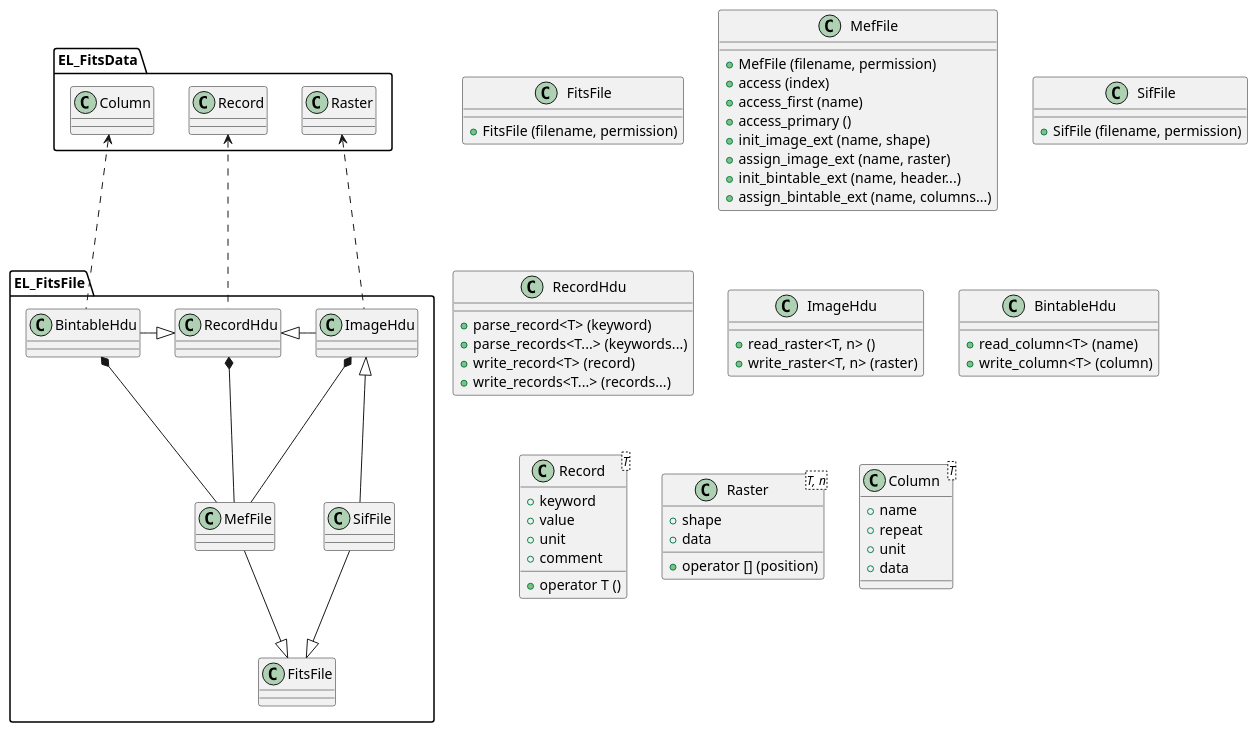
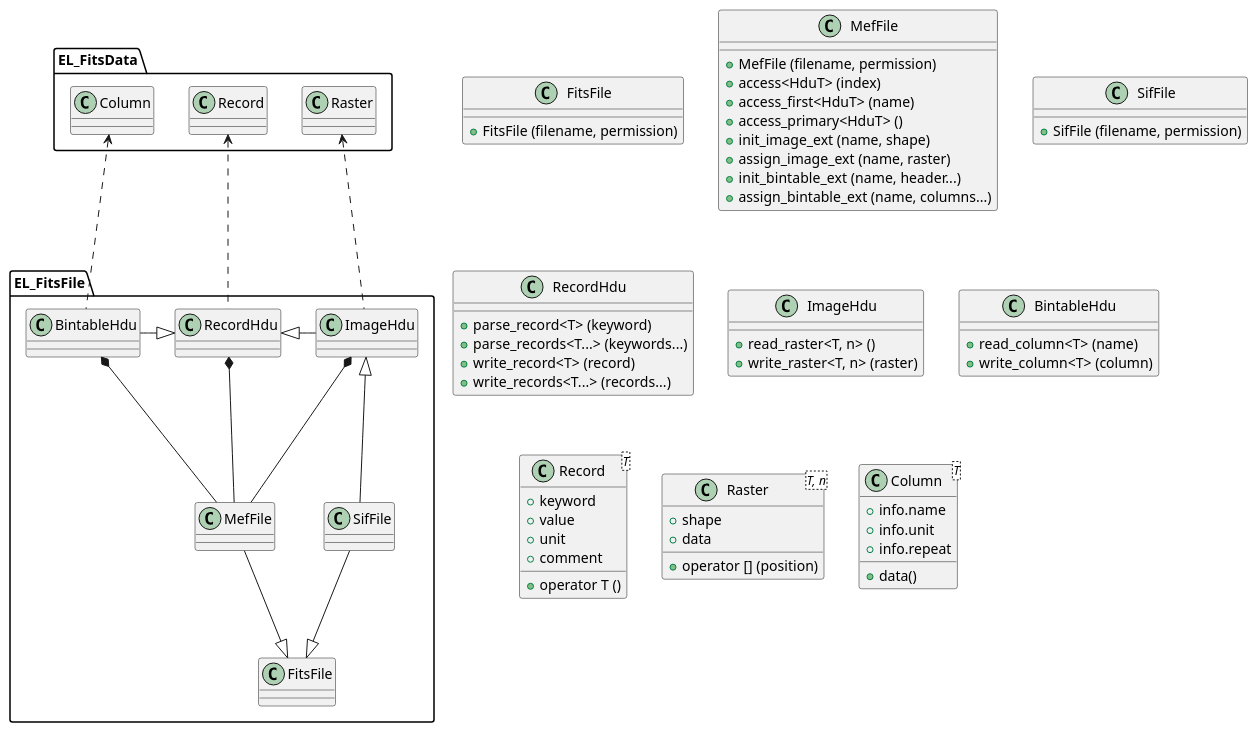
One commit to CNES/EleFits changed the diagram in doc/diagrams/src/FitsFile.puml. Above: the diagram before and after it, drawn with PlantUML. The commit also changed 1 other file, not shown here.

```diff
--- a/doc/diagrams/src/FitsFile.puml
+++ b/doc/diagrams/src/FitsFile.puml
@@ -1,83 +1,83 @@
 @startuml End-user API
 
 package EL_FitsFile {
 
 RecordHdu <|- ImageHdu
 BintableHdu -|> RecordHdu
 
 BintableHdu *-- MefFile
 RecordHdu *-- MefFile
 ImageHdu *-- MefFile
 
 MefFile --|> FitsFile
 SifFile --|> FitsFile
 ImageHdu <|-- SifFile
 
 }
 
 package EL_FitsData {
 
 Raster <.. ImageHdu
 Column <.. BintableHdu
 Record <.. RecordHdu
 
 }
 
 class FitsFile {
 + FitsFile (filename, permission)
 }
 
 class MefFile {
 + MefFile (filename, permission)
-+ access (index)
-+ access_first (name)
-+ access_primary ()
++ access<HduT> (index)
++ access_first<HduT> (name)
++ access_primary<HduT> ()
 + init_image_ext (name, shape)
 + assign_image_ext (name, raster)
 + init_bintable_ext (name, header...)
 + assign_bintable_ext (name, columns...)
 }
 
 class SifFile {
 + SifFile (filename, permission)
 }
 
 class RecordHdu {
 + parse_record<T> (keyword)
 + parse_records<T...> (keywords...)
 + write_record<T> (record)
 + write_records<T...> (records...)
 }
 
 class ImageHdu {
 + read_raster<T, n> ()
 + write_raster<T, n> (raster)
 }
 
 class BintableHdu {
 + read_column<T> (name)
 + write_column<T> (column)
 }
 
 class Record<T> {
 + keyword
 + value
 + unit
 + comment
 + operator T ()
 }
 
 class Raster<T, n> {
 + shape
 + data
 + operator [] (position)
 }
 
 class Column<T> {
-+ name
-+ repeat
-+ unit
-+ data
++ info.name
++ info.unit
++ info.repeat
++ data()
 }
 
 @enduml
```
